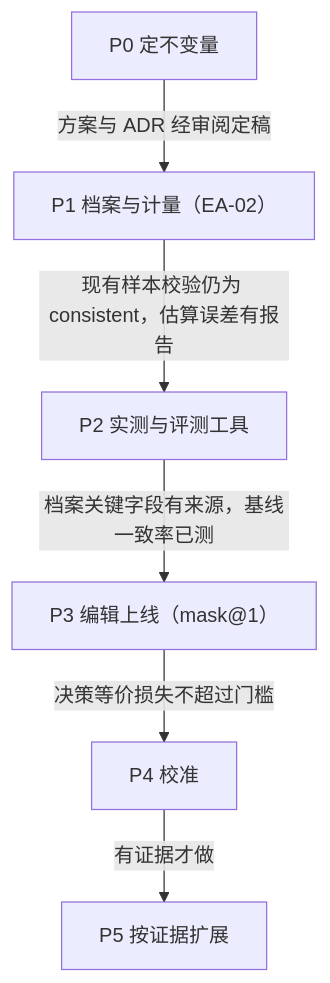
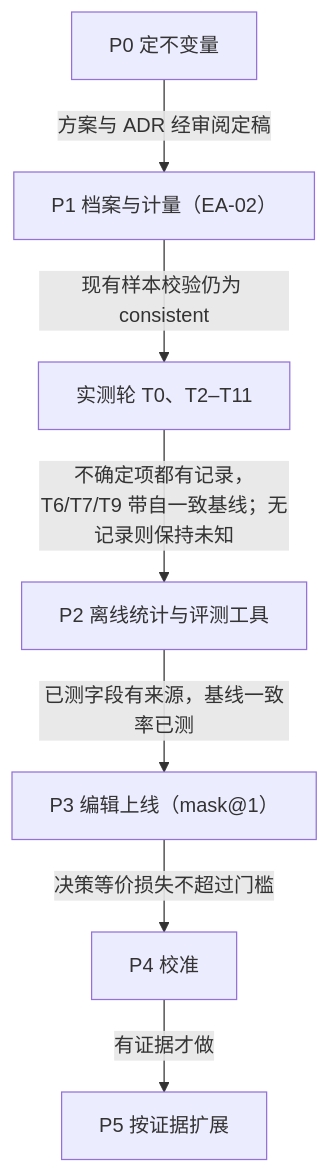
One commit to SamhandsomeLee/FluxAxiom changed the third of 3 diagrams in docs/research/上下文压缩专题方案（EA-CTX）v0.1.md. Above: the diagram before and after it, drawn with Mermaid. The commit also changed other lines of this file and 4 other files, not shown here.

First line of the commit message:
docs(architecture): record deepseek measurement round

````diff
--- a/docs/research/上下文压缩专题方案（EA-CTX）v0.1.md
+++ b/docs/research/上下文压缩专题方案（EA-CTX）v0.1.md
@@ -399,8 +395,9 @@
 ```mermaid
 flowchart TD
   P0["P0 定不变量"] -->|方案与 ADR 经审阅定稿| P1["P1 档案与计量（EA-02）"]
-  P1 -->|现有样本校验仍为 consistent，估算误差有报告| P2["P2 实测与评测工具"]
-  P2 -->|档案关键字段有来源，基线一致率已测| P3["P3 编辑上线（mask@1）"]
+  P1 -->|现有样本校验仍为 consistent| M["实测轮 T0、T2–T11"]
+  M -->|不确定项都有记录，T6/T7/T9 带自一致基线；无记录则保持未知| P2["P2 离线统计与评测工具"]
+  P2 -->|已测字段有来源，基线一致率已测| P3["P3 编辑上线（mask@1）"]
   P3 -->|决策等价损失不超过门槛| P4["P4 校准"]
   P4 -->|有证据才做| P5["P5 按证据扩展"]
 ```
````
